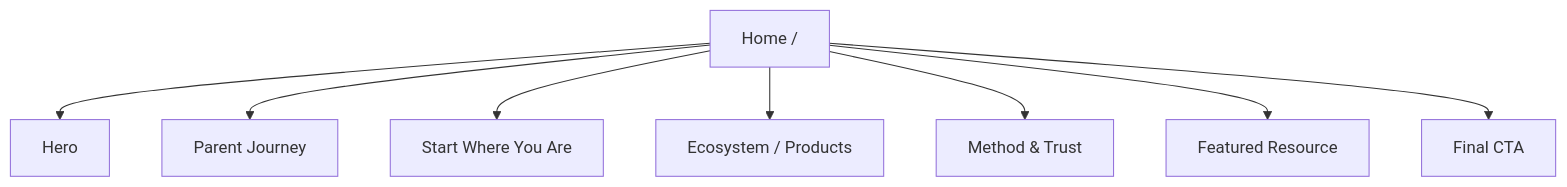
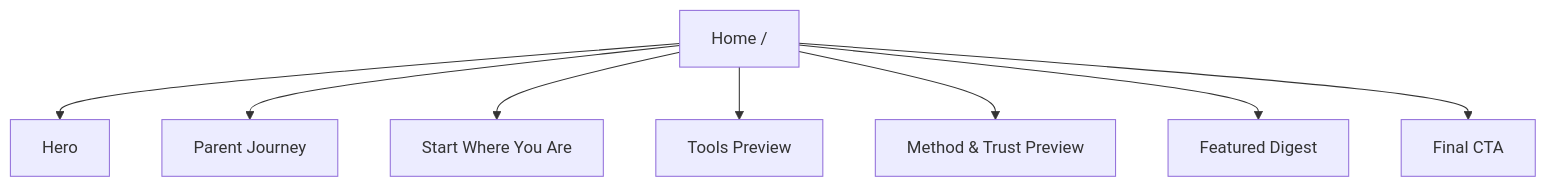
One commit to Aleemcode/brilliantroots changed the first of 2 diagrams in SiteMap.md. Above: the diagram before and after it, drawn with Mermaid. The commit also changed other lines of this file and 12 other files, not shown here.

````diff
--- a/SiteMap.md
+++ b/SiteMap.md
@@ -5,11 +45,11 @@
 ```mermaid
 flowchart TD
   Home["Home /"]
   Home --> Hero["Hero"]
   Home --> Journey["Parent Journey"]
-  Home --> StartHere["Start Where You Are"]
-  Home --> Products["Ecosystem / Products"]
-  Home --> Method["Method & Trust"]
-  Home --> Resource["Featured Resource"]
+  Home --> StartHereSection["Start Where You Are"]
+  Home --> ToolsPreview["Tools Preview"]
+  Home --> MethodPreview["Method & Trust Preview"]
+  Home --> DigestPreview["Featured Digest"]
   Home --> FinalCTA["Final CTA"]
 ```
````
